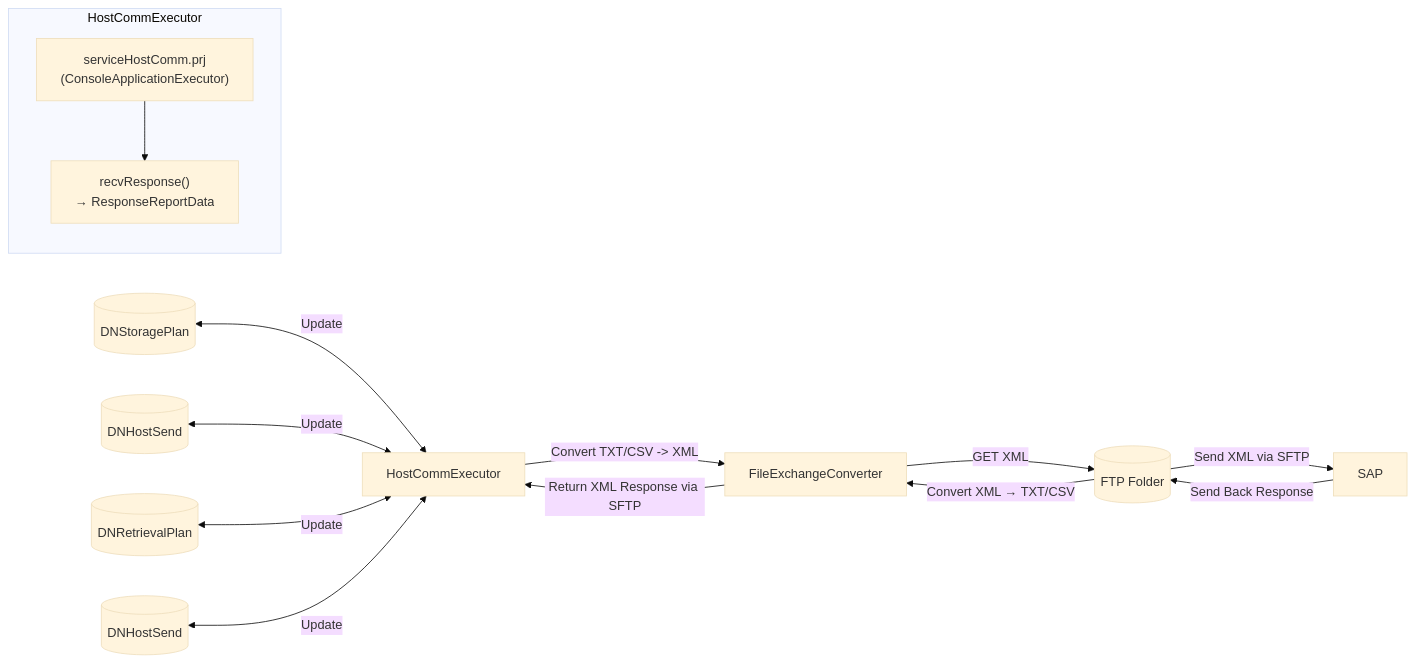
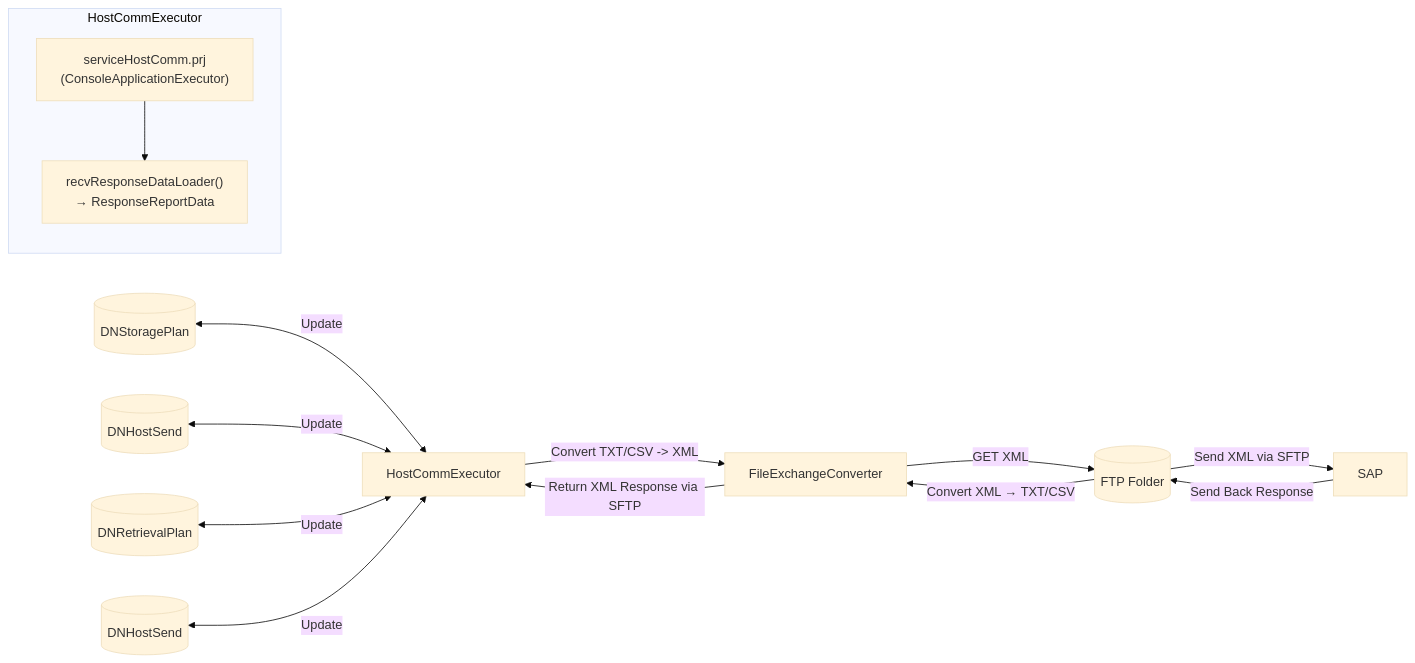
The diagram in Basic-Design/Host-Interfaces/SAP-Response.md (luthfiadityaa/SimeDarby-Wiki), drawn with Mermaid (base theme) before and after one commit.

Commit message:
Updated SAP Response

```diff
--- a/Basic-Design/Host-Interfaces/SAP-Response.md
+++ b/Basic-Design/Host-Interfaces/SAP-Response.md
@@ -10,19 +10,19 @@
 ::: mermaid
 flowchart LR
     A[HostCommExecutor] -->|Convert TXT/CSV -> XML| B[FileExchangeConverter]
     B -->|GET XML| C[(FTP Folder)]
     C -->|Send XML via SFTP| D[SAP]
     D -->|Send Back Response| C
     C -->|Convert XML → TXT/CSV| B
     B -->|Return XML Response via SFTP| A
     E[(DNStoragePlan)] <--> |Update| A
     F[(DNHostSend)] <--> |Update| A
     G[(DNRetrievalPlan)] <--> |Update| A
     H[(DNHostSend)] <--> |Update| A
 
      subgraph HostCommExecutor
         C1["serviceHostComm.prj<br>(ConsoleApplicationExecutor)"]
-        C2["recvResponse()<br>→ ResponseReportData"]
+        C2["recvResponseDataLoader()<br>→ ResponseReportData"]
         C1 --> C2
     end
 :::
```
